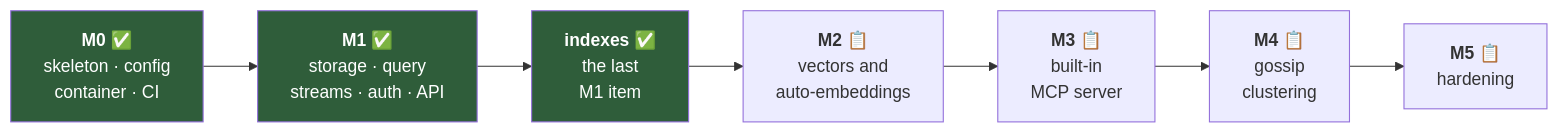
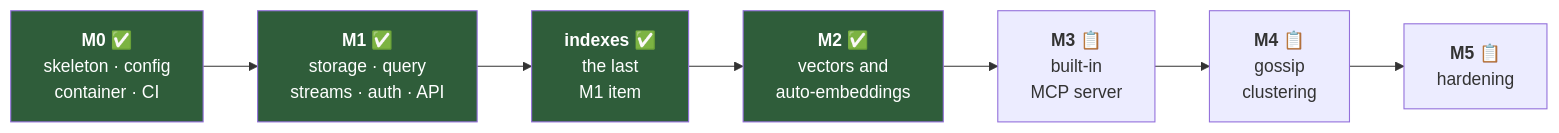
The first of 3 diagrams in docs/roadmap.md (titusai-io/kimmydb), drawn with Mermaid before and after one commit. The commit also changed other lines of this file and 22 other files, not shown here.

````diff
--- a/docs/roadmap.md
+++ b/docs/roadmap.md
@@ -12,16 +12,17 @@
 ```mermaid
 graph LR
     M0["<b>M0</b> ✅<br/>skeleton · config<br/>container · CI"]
     M1["<b>M1</b> ✅<br/>storage · query<br/>streams · auth · API"]
     IDX["<b>indexes</b> ✅<br/>the last<br/>M1 item"]
-    M2["<b>M2</b> 📋<br/>vectors and<br/>auto-embeddings"]
+    M2["<b>M2</b> ✅<br/>vectors and<br/>auto-embeddings"]
     M3["<b>M3</b> 📋<br/>built-in<br/>MCP server"]
     M4["<b>M4</b> 📋<br/>gossip<br/>clustering"]
     M5["<b>M5</b> 📋<br/>hardening"]
 
     M0 --> M1 --> IDX --> M2 --> M3 --> M4 --> M5
 
     style M0 fill:#2f5d3a,color:#fff
     style M1 fill:#2f5d3a,color:#fff
     style IDX fill:#2f5d3a,color:#fff
+    style M2 fill:#2f5d3a,color:#fff
 ```
````
